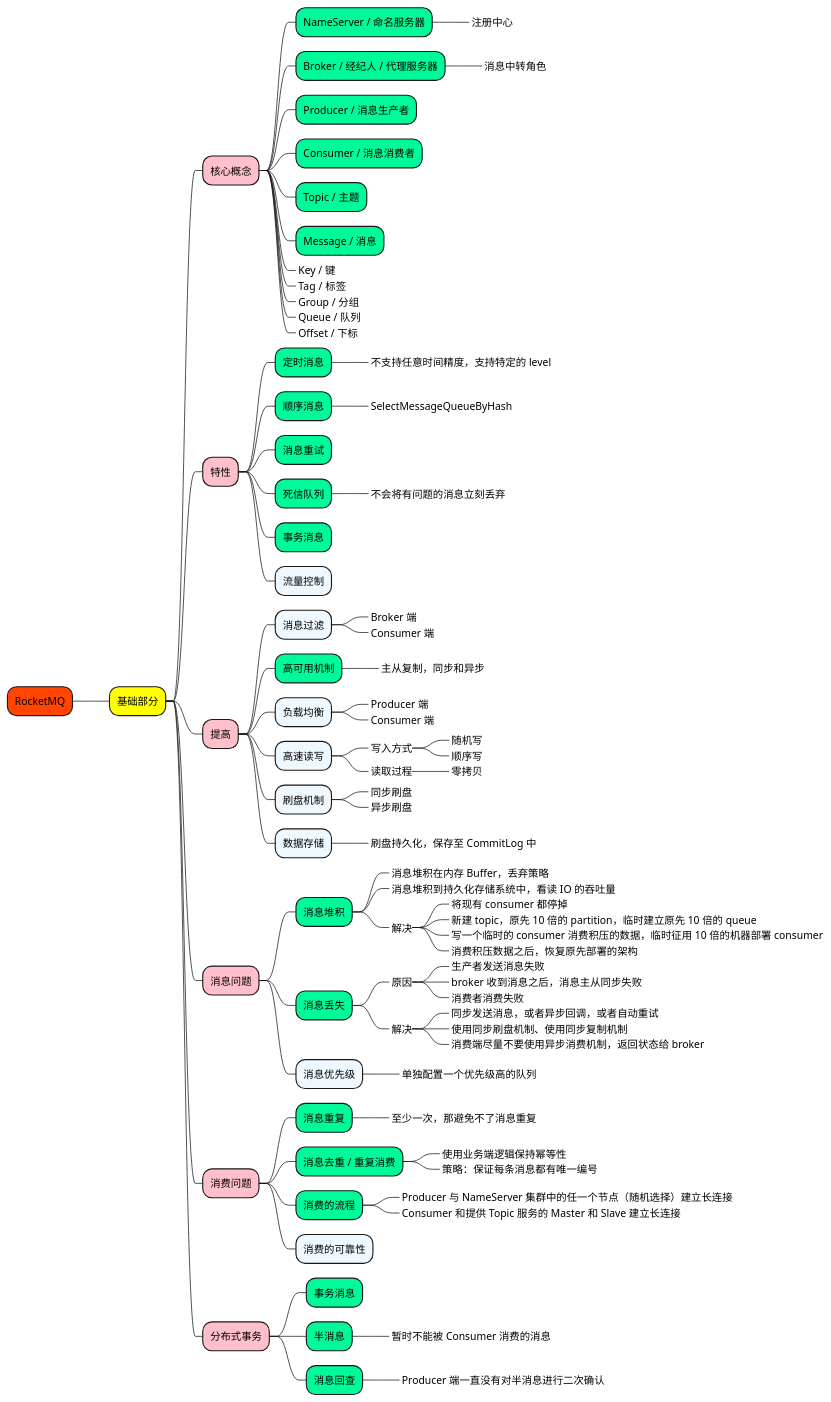
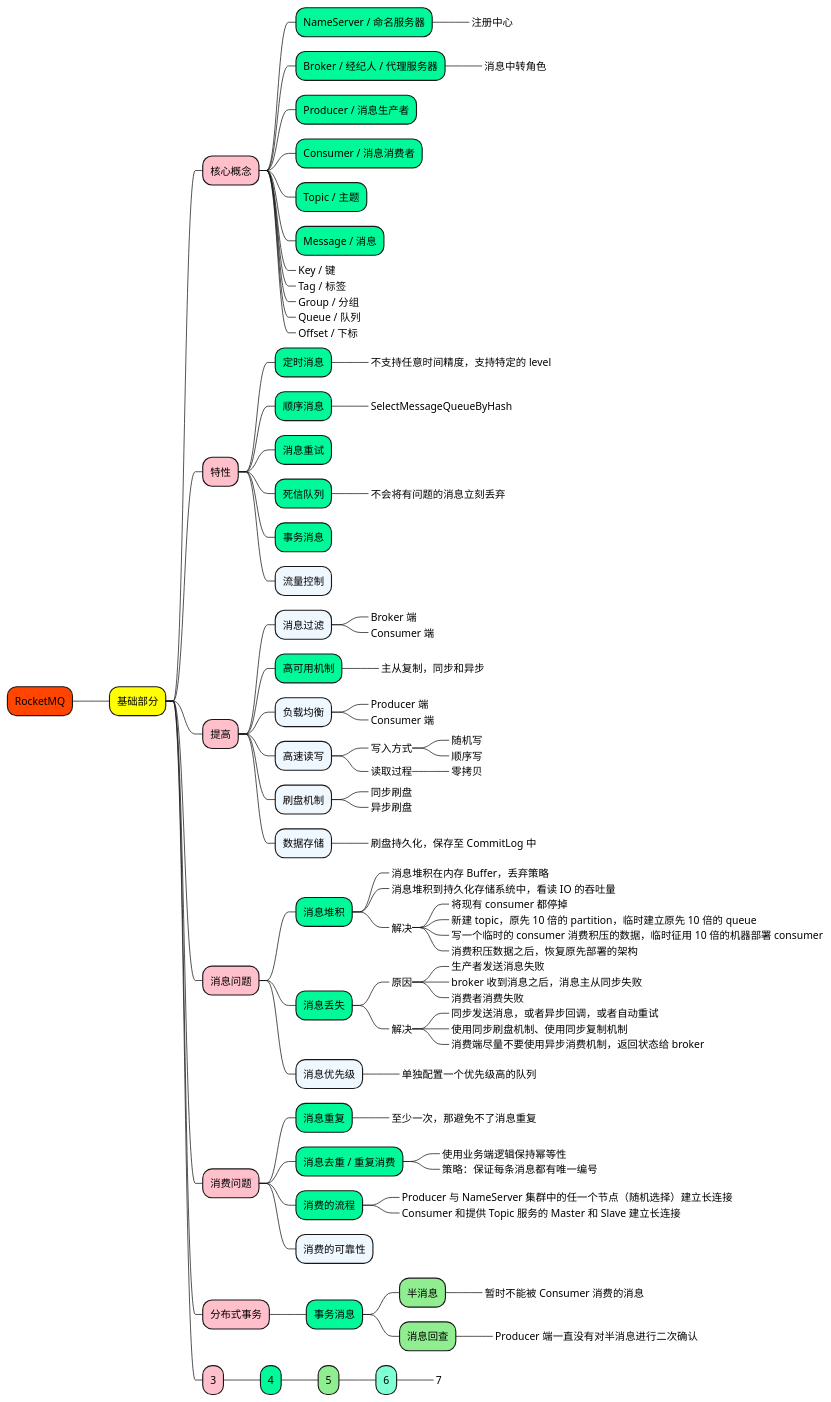
One commit to doveg/self-cultivation-of-a-software-engineer changed the diagram in 1_map/3-middleware/RocketMQ.puml. Above: the diagram before and after it, drawn with PlantUML. The commit also changed 15 other files, not shown here.

```diff
--- a/1_map/3-middleware/RocketMQ.puml
+++ b/1_map/3-middleware/RocketMQ.puml
@@ -1,105 +1,116 @@
 @startmindmap
 
 +[#OrangeRed] RocketMQ
 
 ++[#yellow] 基础部分
 
 +++[#Pink] 核心概念
 ++++[#MediumSpringGreen] NameServer / 命名服务器
 +++++[#GhostWhite]_ 注册中心
 ++++[#MediumSpringGreen] Broker / 经纪人 / 代理服务器
 +++++[#GhostWhite]_ 消息中转角色
 ++++[#MediumSpringGreen] Producer / 消息生产者
 ++++[#MediumSpringGreen] Consumer / 消息消费者
 ++++[#MediumSpringGreen] Topic / 主题
 ++++[#MediumSpringGreen] Message / 消息
 ++++[#AliceBlue]_ Key / 键
 ++++[#AliceBlue]_ Tag / 标签
 ++++[#AliceBlue]_ Group / 分组
 ++++[#AliceBlue]_ Queue / 队列
 ++++[#AliceBlue]_ Offset / 下标
 
 
 +++[#Pink] 特性
 ++++[#MediumSpringGreen] 定时消息
 +++++[#GhostWhite]_ 不支持任意时间精度，支持特定的 level
 ++++[#MediumSpringGreen] 顺序消息
 +++++[#GhostWhite]_ SelectMessageQueueByHash
 ++++[#MediumSpringGreen] 消息重试
 ++++[#MediumSpringGreen] 死信队列
 +++++[#GhostWhite]_ 不会将有问题的消息立刻丢弃
 ++++[#MediumSpringGreen] 事务消息
 ++++[#AliceBlue] 流量控制
 
 
 +++[#Pink] 提高
 
 ++++[#AliceBlue] 消息过滤
 +++++[#GhostWhite]_ Broker 端
 +++++[#GhostWhite]_ Consumer 端
 ++++[#MediumSpringGreen] 高可用机制
 +++++[#GhostWhite]_ 主从复制，同步和异步
 ++++[#AliceBlue] 负载均衡
 +++++[#GhostWhite]_ Producer 端
 +++++[#GhostWhite]_ Consumer 端
 ++++[#AliceBlue] 高速读写
 +++++[#GhostWhite]_ 写入方式
 ++++++[#LightBlue]_ 随机写
 ++++++[#LightBlue]_ 顺序写
 +++++[#GhostWhite]_ 读取过程
 ++++++[#LightBlue]_ 零拷贝
 ++++[#AliceBlue] 刷盘机制
 +++++[#GhostWhite]_ 同步刷盘
 +++++[#GhostWhite]_ 异步刷盘
 ++++[#AliceBlue] 数据存储
 +++++[#GhostWhite]_ 刷盘持久化，保存至 CommitLog 中
 
 
 +++[#Pink] 消息问题
 
 ++++[#MediumSpringGreen] 消息堆积
 +++++[#GhostWhite]_ 消息堆积在内存 Buffer，丢弃策略
 +++++[#GhostWhite]_ 消息堆积到持久化存储系统中，看读 IO 的吞吐量
 +++++[#GhostWhite]_ 解决
 ++++++[#Aquamarine]_ 将现有 consumer 都停掉
 ++++++[#Aquamarine]_ 新建 topic，原先 10 倍的 partition，临时建立原先 10 倍的 queue
 ++++++[#Aquamarine]_ 写一个临时的 consumer 消费积压的数据，临时征用 10 倍的机器部署 consumer
 ++++++[#Aquamarine]_ 消费积压数据之后，恢复原先部署的架构
 
 ++++[#MediumSpringGreen] 消息丢失
 +++++[#GhostWhite]_ 原因
 ++++++[#Aquamarine]_ 生产者发送消息失败
 ++++++[#Aquamarine]_ broker 收到消息之后，消息主从同步失败
 ++++++[#Aquamarine]_ 消费者消费失败
 +++++[#GhostWhite]_ 解决
 ++++++[#Aquamarine]_ 同步发送消息，或者异步回调，或者自动重试
 ++++++[#Aquamarine]_ 使用同步刷盘机制、使用同步复制机制
 ++++++[#Aquamarine]_ 消费端尽量不要使用异步消费机制，返回状态给 broker
 
 ++++[#AliceBlue] 消息优先级
 +++++[#GhostWhite]_ 单独配置一个优先级高的队列
 
 +++[#Pink] 消费问题
 
 ++++[#MediumSpringGreen] 消息重复
 +++++[#GhostWhite]_ 至少一次，那避免不了消息重复
 
 ++++[#MediumSpringGreen] 消息去重 / 重复消费
 +++++[#GhostWhite]_ 使用业务端逻辑保持幂等性
 +++++[#GhostWhite]_ 策略：保证每条消息都有唯一编号
 
 ++++[#MediumSpringGreen] 消费的流程
 +++++[#GhostWhite]_ Producer 与 NameServer 集群中的任一个节点（随机选择）建立长连接
 +++++[#GhostWhite]_ Consumer 和提供 Topic 服务的 Master 和 Slave 建立长连接
 ++++[#AliceBlue] 消费的可靠性
 
 +++[#Pink] 分布式事务
 
 ++++[#MediumSpringGreen] 事务消息
-++++[#MediumSpringGreen] 半消息
-+++++[#GhostWhite]_ 暂时不能被 Consumer 消费的消息
-++++[#MediumSpringGreen] 消息回查
-+++++[#GhostWhite]_ Producer 端一直没有对半消息进行二次确认
++++++[#LightGreen] 半消息
+++++++[#Aquamarine]_ 暂时不能被 Consumer 消费的消息
++++++[#LightGreen] 消息回查
+++++++[#Aquamarine]_ Producer 端一直没有对半消息进行二次确认
+
+
+
++++[#Pink] 3
+
+++++[#MediumSpringGreen] 4
++++++[#LightGreen] 5
+++++++[#Aquamarine] 6
++++++++[#Aquamarine]_ 7
+
+
 
 
 @endmindmap
```
